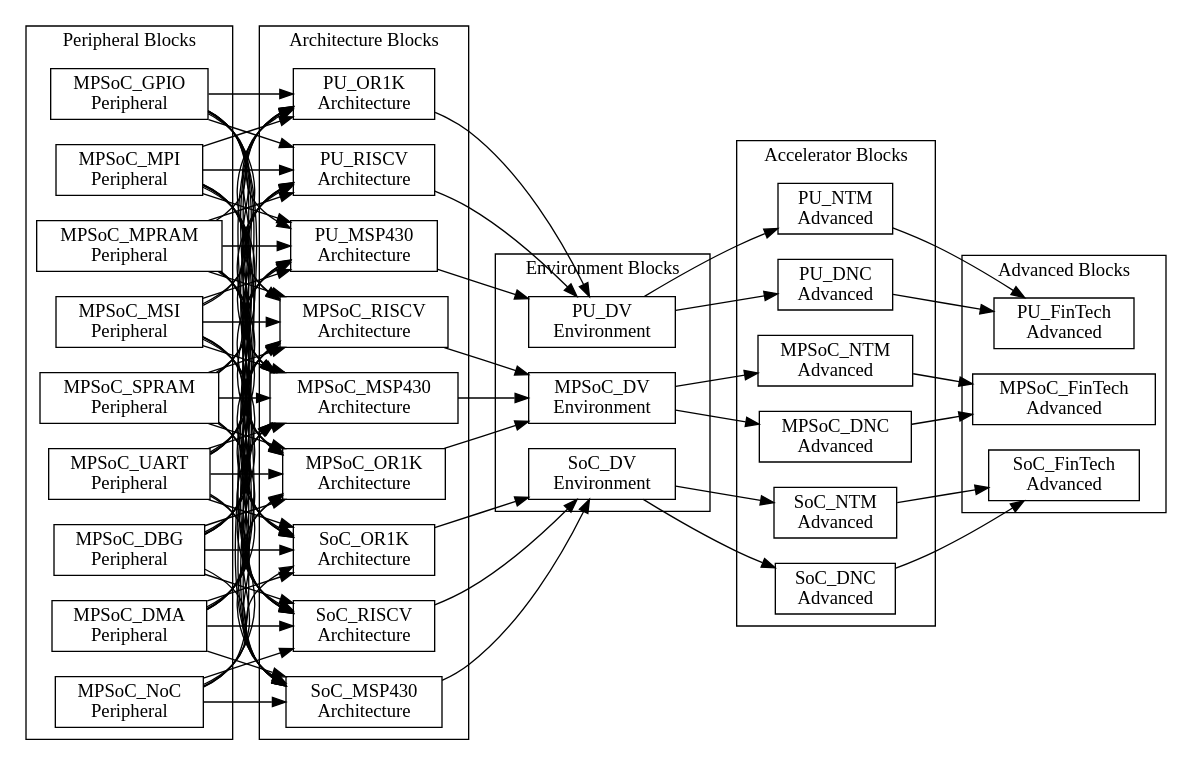
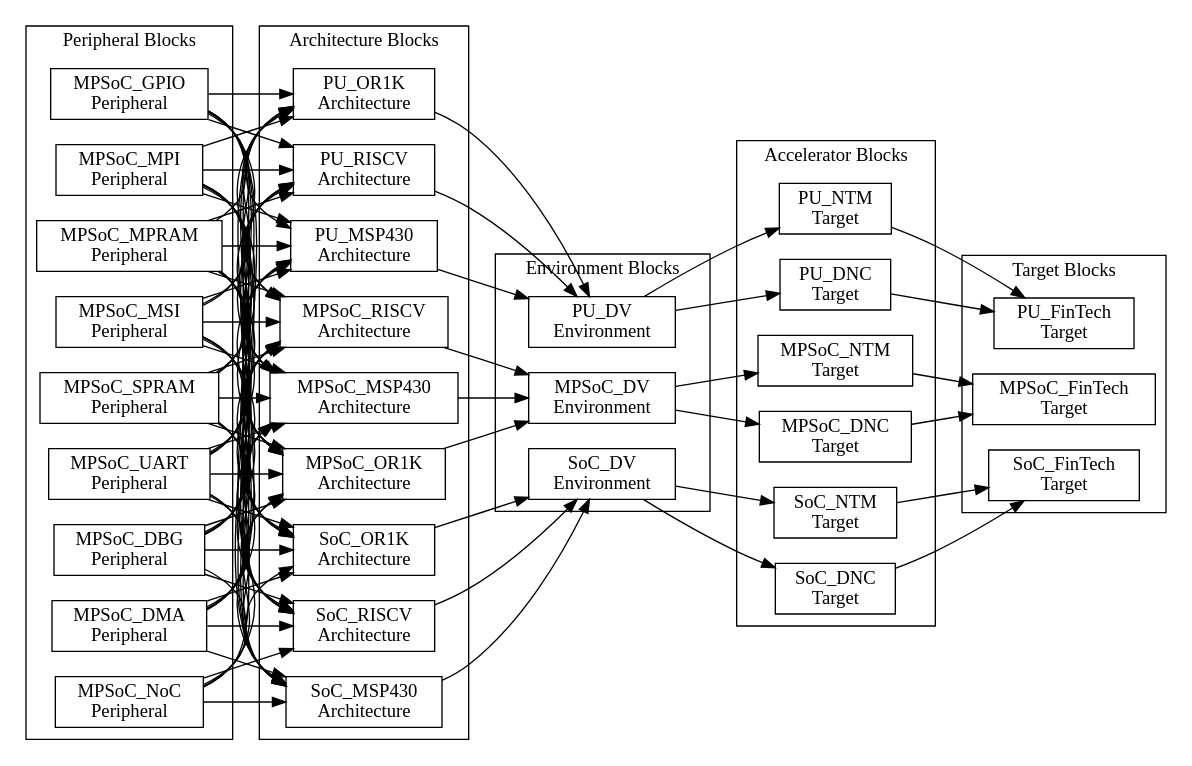
Before and after one commit to PacoReinaCampo/SoC-RTOS: the diagram in doc/book/assets/chapter4/dependences-mpsoc-fintech.dot, drawn with Graphviz. The commit also changed 244 other files, not shown here.

```diff
--- a/doc/book/assets/chapter4/dependences-mpsoc-fintech.dot
+++ b/doc/book/assets/chapter4/dependences-mpsoc-fintech.dot
@@ -1,179 +1,179 @@
 digraph Project {
   // Introduction
   graph [rankdir = LR];
   node[shape=record];
 
   // Peripheral Blocks
   subgraph "cluster PeripheralBlocks" { label = "Peripheral Blocks";
     MPSoC_DBG[label="MPSoC_DBG \nPeripheral"];
     MPSoC_DMA[label="MPSoC_DMA \nPeripheral"];
     MPSoC_GPIO[label="MPSoC_GPIO \nPeripheral"];
     MPSoC_MPI[label="MPSoC_MPI \nPeripheral"];
     MPSoC_MPRAM[label="MPSoC_MPRAM \nPeripheral"];
     MPSoC_MSI[label="MPSoC_MSI \nPeripheral"];
     MPSoC_NoC[label="MPSoC_NoC \nPeripheral"];
     MPSoC_SPRAM[label="MPSoC_SPRAM \nPeripheral"];
     MPSoC_UART[label="MPSoC_UART \nPeripheral"];
   }
 
   // Architecture Blocks
   subgraph "cluster ArchitectureBlocks" { label = "Architecture Blocks";
     MPSoC_MSP430[label="MPSoC_MSP430 \nArchitecture"];
     MPSoC_OR1K[label="MPSoC_OR1K \nArchitecture"];
     MPSoC_RISCV[label="MPSoC_RISCV \nArchitecture"];
     SoC_MSP430[label="SoC_MSP430 \nArchitecture"];
     SoC_OR1K[label="SoC_OR1K \nArchitecture"];
     SoC_RISCV[label="SoC_RISCV \nArchitecture"];
     PU_MSP430[label="PU_MSP430 \nArchitecture"];
     PU_OR1K[label="PU_OR1K \nArchitecture"];
     PU_RISCV[label="PU_RISCV \nArchitecture"];
   }
 
   // Environment Blocks
   subgraph "cluster EnvironmentBlocks" { label = "Environment Blocks";
     MPSoC_DV[label="MPSoC_DV \nEnvironment"];
     SoC_DV[label="SoC_DV \nEnvironment"];
     PU_DV[label="PU_DV \nEnvironment"];
   }
 
   // Accelerator Blocks
   subgraph "cluster AcceleratorBlocks" { label = "Accelerator Blocks";
-    MPSoC_NTM[label="MPSoC_NTM \nAdvanced"];
-    SoC_NTM[label="SoC_NTM \nAdvanced"];
-    PU_NTM[label="PU_NTM \nAdvanced"];
+    MPSoC_NTM[label="MPSoC_NTM \nTarget"];
+    SoC_NTM[label="SoC_NTM \nTarget"];
+    PU_NTM[label="PU_NTM \nTarget"];
 
-    MPSoC_DNC[label="MPSoC_DNC \nAdvanced"];
-    SoC_DNC[label="SoC_DNC \nAdvanced"];
-    PU_DNC[label="PU_DNC \nAdvanced"];
+    MPSoC_DNC[label="MPSoC_DNC \nTarget"];
+    SoC_DNC[label="SoC_DNC \nTarget"];
+    PU_DNC[label="PU_DNC \nTarget"];
   }
 
-  // Advanced Blocks
-  subgraph "cluster AdvancedBlocks" { label = "Advanced Blocks";
-    MPSoC_FinTech[label="MPSoC_FinTech \nAdvanced"];
-    SoC_FinTech[label="SoC_FinTech \nAdvanced"];
-    PU_FinTech[label="PU_FinTech \nAdvanced"];
+  // Target Blocks
+  subgraph "cluster TargetBlocks" { label = "Target Blocks";
+    MPSoC_FinTech[label="MPSoC_FinTech \nTarget"];
+    SoC_FinTech[label="SoC_FinTech \nTarget"];
+    PU_FinTech[label="PU_FinTech \nTarget"];
   }
 
   // Peripheral -> Architecture
   MPSoC_DBG -> MPSoC_MSP430;
   MPSoC_DMA -> MPSoC_MSP430;
   MPSoC_GPIO -> MPSoC_MSP430;
   MPSoC_MPI -> MPSoC_MSP430;
   MPSoC_MPRAM -> MPSoC_MSP430;
   MPSoC_MSI -> MPSoC_MSP430;
   MPSoC_NoC -> MPSoC_MSP430;
   MPSoC_SPRAM -> MPSoC_MSP430;
   MPSoC_UART -> MPSoC_MSP430;
 
   MPSoC_DBG -> SoC_MSP430;
   MPSoC_DMA -> SoC_MSP430;
   MPSoC_GPIO -> SoC_MSP430;
   MPSoC_MPI -> SoC_MSP430;
   MPSoC_MPRAM -> SoC_MSP430;
   MPSoC_MSI -> SoC_MSP430;
   MPSoC_NoC -> SoC_MSP430;
   MPSoC_SPRAM -> SoC_MSP430;
   MPSoC_UART -> SoC_MSP430;
 
   MPSoC_DBG -> PU_MSP430;
   MPSoC_DMA -> PU_MSP430;
   MPSoC_GPIO -> PU_MSP430;
   MPSoC_MPI -> PU_MSP430;
   MPSoC_MPRAM -> PU_MSP430;
   MPSoC_MSI -> PU_MSP430;
   MPSoC_SPRAM -> PU_MSP430;
   MPSoC_UART -> PU_MSP430;
 
 
   MPSoC_DBG -> MPSoC_OR1K;
   MPSoC_DMA -> MPSoC_OR1K;
   MPSoC_GPIO -> MPSoC_OR1K;
   MPSoC_MPI -> MPSoC_OR1K;
   MPSoC_MPRAM -> MPSoC_OR1K;
   MPSoC_MSI -> MPSoC_OR1K;
   MPSoC_NoC -> MPSoC_OR1K;
   MPSoC_SPRAM -> MPSoC_OR1K;
   MPSoC_UART -> MPSoC_OR1K;
 
   MPSoC_DBG -> SoC_OR1K;
   MPSoC_DMA -> SoC_OR1K;
   MPSoC_GPIO -> SoC_OR1K;
   MPSoC_MPI -> SoC_OR1K;
   MPSoC_MPRAM -> SoC_OR1K;
   MPSoC_MSI -> SoC_OR1K;
   MPSoC_NoC -> SoC_OR1K;
   MPSoC_SPRAM -> SoC_OR1K;
   MPSoC_UART -> SoC_OR1K;
 
   MPSoC_DBG -> PU_OR1K;
   MPSoC_DMA -> PU_OR1K;
   MPSoC_GPIO -> PU_OR1K;
   MPSoC_MPI -> PU_OR1K;
   MPSoC_MPRAM -> PU_OR1K;
   MPSoC_MSI -> PU_OR1K;
   MPSoC_SPRAM -> PU_OR1K;
   MPSoC_UART -> PU_OR1K;
 
 
   MPSoC_DBG -> MPSoC_RISCV;
   MPSoC_DMA -> MPSoC_RISCV;
   MPSoC_GPIO -> MPSoC_RISCV;
   MPSoC_MPI -> MPSoC_RISCV;
   MPSoC_MPRAM -> MPSoC_RISCV;
   MPSoC_MSI -> MPSoC_RISCV;
   MPSoC_NoC -> MPSoC_RISCV;
   MPSoC_SPRAM -> MPSoC_RISCV;
   MPSoC_UART -> MPSoC_RISCV;
 
   MPSoC_DBG -> SoC_RISCV;
   MPSoC_DMA -> SoC_RISCV;
   MPSoC_GPIO -> SoC_RISCV;
   MPSoC_MPI -> SoC_RISCV;
   MPSoC_MPRAM -> SoC_RISCV;
   MPSoC_MSI -> SoC_RISCV;
   MPSoC_NoC -> SoC_RISCV;
   MPSoC_SPRAM -> SoC_RISCV;
   MPSoC_UART -> SoC_RISCV;
 
   MPSoC_DBG -> PU_RISCV;
   MPSoC_DMA -> PU_RISCV;
   MPSoC_GPIO -> PU_RISCV;
   MPSoC_MPI -> PU_RISCV;
   MPSoC_MPRAM -> PU_RISCV;
   MPSoC_MSI -> PU_RISCV;
   MPSoC_SPRAM -> PU_RISCV;
   MPSoC_UART -> PU_RISCV;
 
   // Architecture -> Environment
   PU_MSP430 -> PU_DV;
   PU_OR1K -> PU_DV;
   PU_RISCV -> PU_DV;
 
   SoC_MSP430 -> SoC_DV;
   SoC_OR1K -> SoC_DV;
   SoC_RISCV -> SoC_DV;
 
   MPSoC_MSP430 -> MPSoC_DV;
   MPSoC_OR1K -> MPSoC_DV;
   MPSoC_RISCV -> MPSoC_DV;
 
   // Environment -> Accelerator
   PU_DV -> PU_NTM;
   PU_DV -> PU_DNC;
 
   SoC_DV -> SoC_NTM;
   SoC_DV -> SoC_DNC;
 
   MPSoC_DV -> MPSoC_NTM;
   MPSoC_DV -> MPSoC_DNC;
 
-  // Accelerator -> Advanced
+  // Accelerator -> Target
   PU_NTM -> PU_FinTech;
   PU_DNC -> PU_FinTech;
 
   SoC_NTM -> SoC_FinTech;
   SoC_DNC -> SoC_FinTech;
 
   MPSoC_NTM -> MPSoC_FinTech;
   MPSoC_DNC -> MPSoC_FinTech;
 }
```
